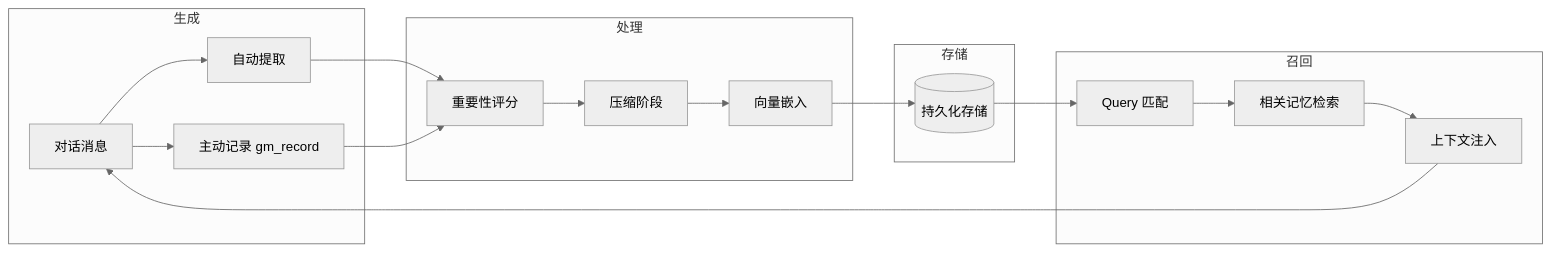
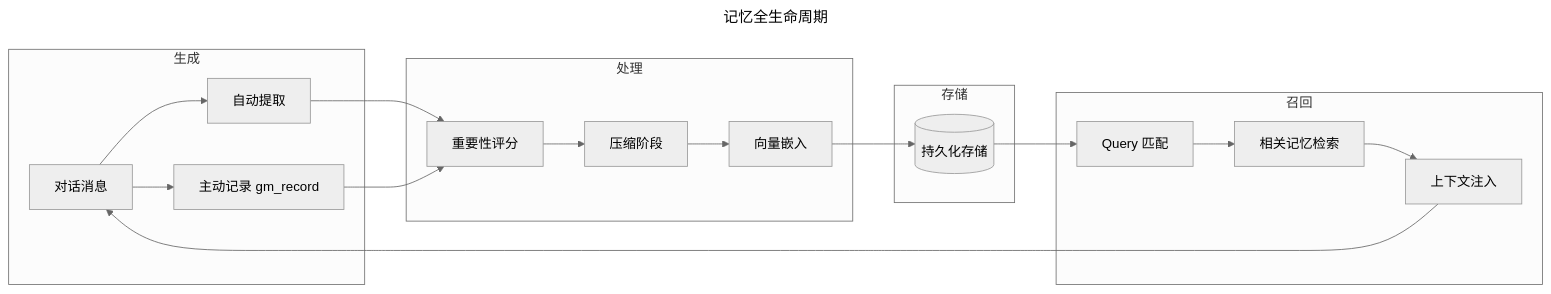
The eighth of 15 diagrams in docs/06-data-flow.md (Taotie2002/claude-code-deep-dive), drawn with Mermaid (neutral theme) before and after one commit. The commit also changed other lines of this file and 12 other files, not shown here.

````diff
--- a/docs/06-data-flow.md
+++ b/docs/06-data-flow.md
@@ -165,25 +186,28 @@
 ```mermaid
+---
+title: 记忆全生命周期
+---
 flowchart LR
     subgraph 生成
         A[对话消息] --> B[自动提取]
         A --> C[主动记录 gm_record]
     end
 
     subgraph 处理
         B & C --> D[重要性评分]
         D --> E[压缩阶段]
         E --> F[向量嵌入]
     end
 
     subgraph 存储
         F --> G[(持久化存储)]
     end
 
     subgraph 召回
         G --> H[Query 匹配]
         H --> I[相关记忆检索]
         I --> J[上下文注入]
     end
 
     J --> A
 ```
````
